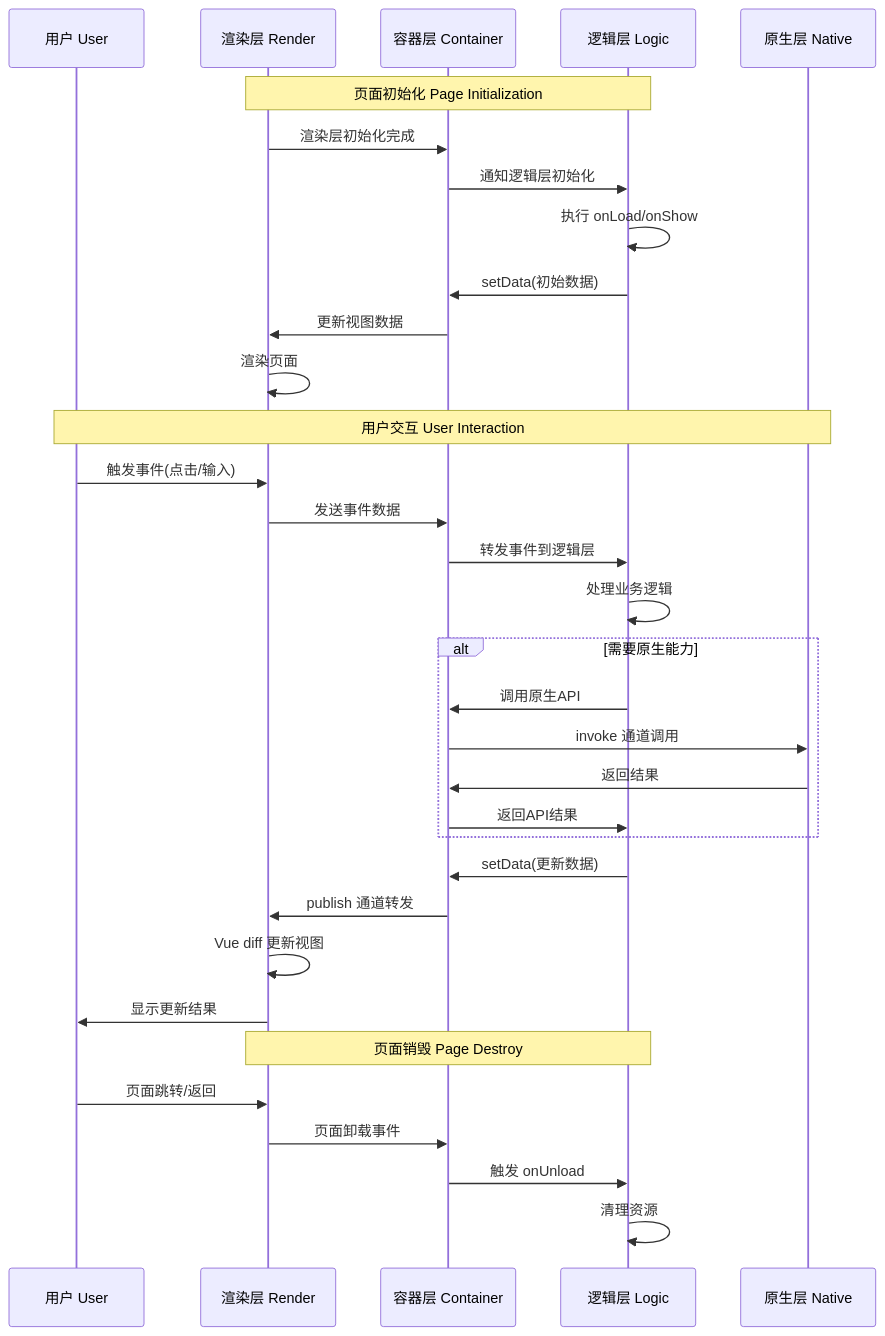
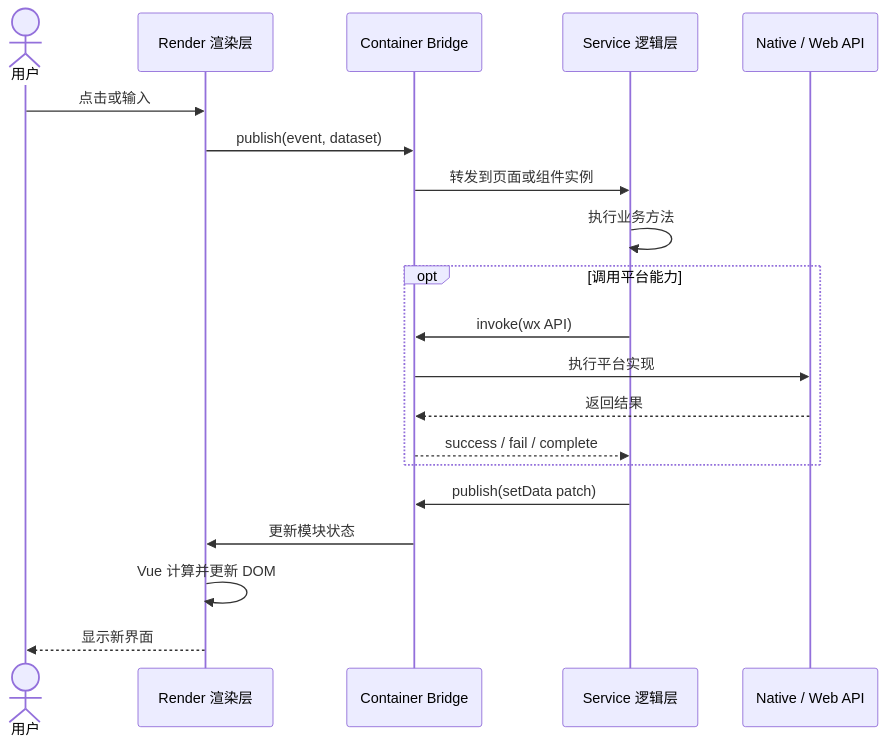
The third of 4 diagrams in docs/Architecture-Diagram.md (sternelee/dimina), drawn with Mermaid before and after one commit. The commit also changed other lines of this file and 7 other files, not shown here.

First line of the commit message:
docs: revise architecture and lifecycle documentation

````diff
--- a/docs/Architecture-Diagram.md
+++ b/docs/Architecture-Diagram.md
@@ -159,43 +59,25 @@
 ```mermaid
 sequenceDiagram
-    participant U as 用户 User
-    participant R as 渲染层 Render
-    participant C as 容器层 Container
-    participant L as 逻辑层 Logic
-    participant N as 原生层 Native
+    actor User as 用户
+    participant Render as Render 渲染层
+    participant Bridge as Container Bridge
+    participant Service as Service 逻辑层
+    participant Native as Native / Web API
 
-    Note over R,L: 页面初始化 Page Initialization
-    
-    R->>C: 渲染层初始化完成
-    C->>L: 通知逻辑层初始化
-    L->>L: 执行 onLoad/onShow
-    L->>C: setData(初始数据)
-    C->>R: 更新视图数据
-    R->>R: 渲染页面
+    User->>Render: 点击或输入
+    Render->>Bridge: publish(event, dataset)
+    Bridge->>Service: 转发到页面或组件实例
+    Service->>Service: 执行业务方法
 
-    Note over U,N: 用户交互 User Interaction
-    
-    U->>R: 触发事件(点击/输入)
-    R->>C: 发送事件数据
-    C->>L: 转发事件到逻辑层
-    L->>L: 处理业务逻辑
-    
-    alt 需要原生能力
-        L->>C: 调用原生API
-        C->>N: invoke 通道调用
-        N->>C: 返回结果
-        C->>L: 返回API结果
+    opt 调用平台能力
+        Service->>Bridge: invoke(wx API)
+        Bridge->>Native: 执行平台实现
+        Native-->>Bridge: 返回结果
+        Bridge-->>Service: success / fail / complete
     end
-    
-    L->>C: setData(更新数据)
-    C->>R: publish 通道转发
-    R->>R: Vue diff 更新视图
-    R->>U: 显示更新结果
 
-    Note over R,L: 页面销毁 Page Destroy
-    
-    U->>R: 页面跳转/返回
-    R->>C: 页面卸载事件
-    C->>L: 触发 onUnload
-    L->>L: 清理资源
+    Service->>Bridge: publish(setData patch)
+    Bridge->>Render: 更新模块状态
+    Render->>Render: Vue 计算并更新 DOM
+    Render-->>User: 显示新界面
 ```
````
